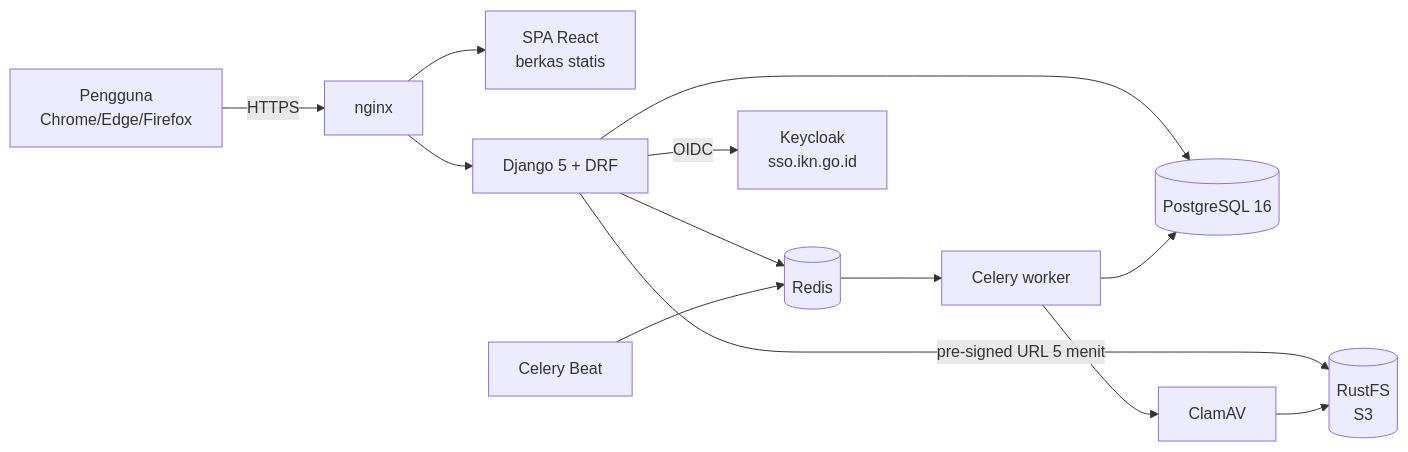
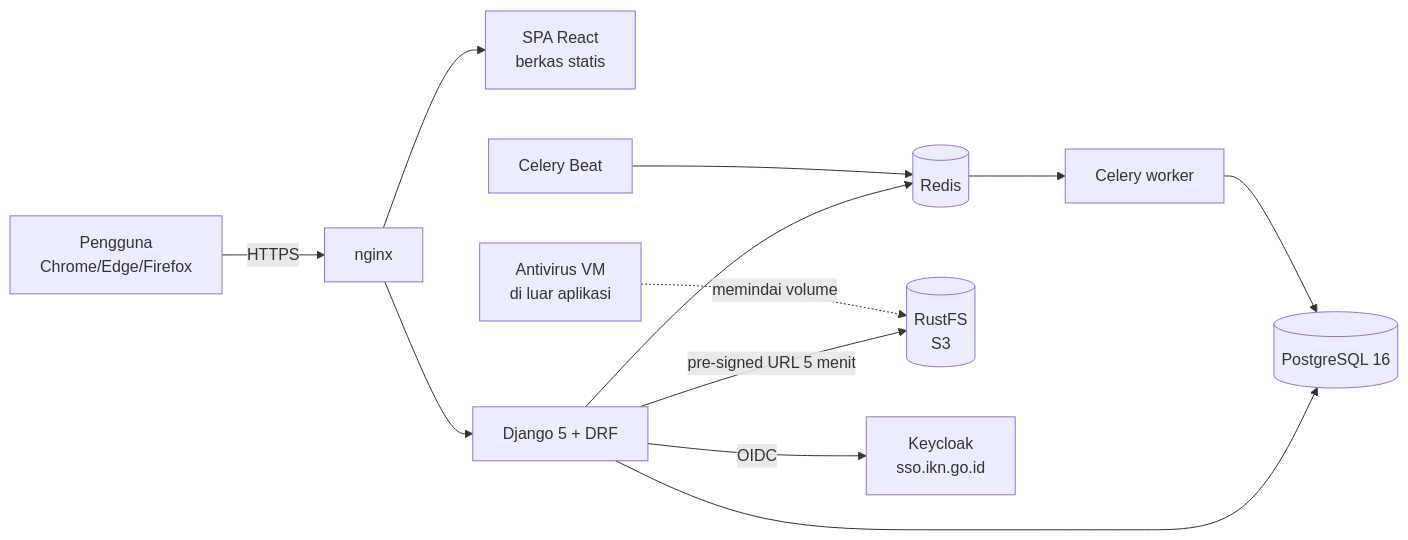
The third of 4 diagrams in docs/00_arsitektur.md (rafistra/simario), drawn with Mermaid before and after one commit. The commit also changed other lines of this file and 52 other files, not shown here.

````diff
--- a/docs/00_arsitektur.md
+++ b/docs/00_arsitektur.md
@@ -109,15 +109,14 @@
 ```mermaid
 flowchart LR
   U[Pengguna<br/>Chrome/Edge/Firefox] -->|HTTPS| NG[nginx]
   NG --> SPA[SPA React<br/>berkas statis]
   NG --> DJ[Django 5 + DRF]
   DJ --> PG[(PostgreSQL 16)]
   DJ --> RD[(Redis)]
   RD --> CW[Celery worker]
   CB[Celery Beat] --> RD
   CW --> PG
   DJ -->|pre-signed URL 5 menit| MO[(RustFS<br/>S3)]
-  CW --> AV[ClamAV]
-  AV --> MO
+  AV[Antivirus VM<br/>di luar aplikasi] -.->|memindai volume| MO
   DJ -->|OIDC| KC[Keycloak<br/>sso.ikn.go.id]
 ```
````
